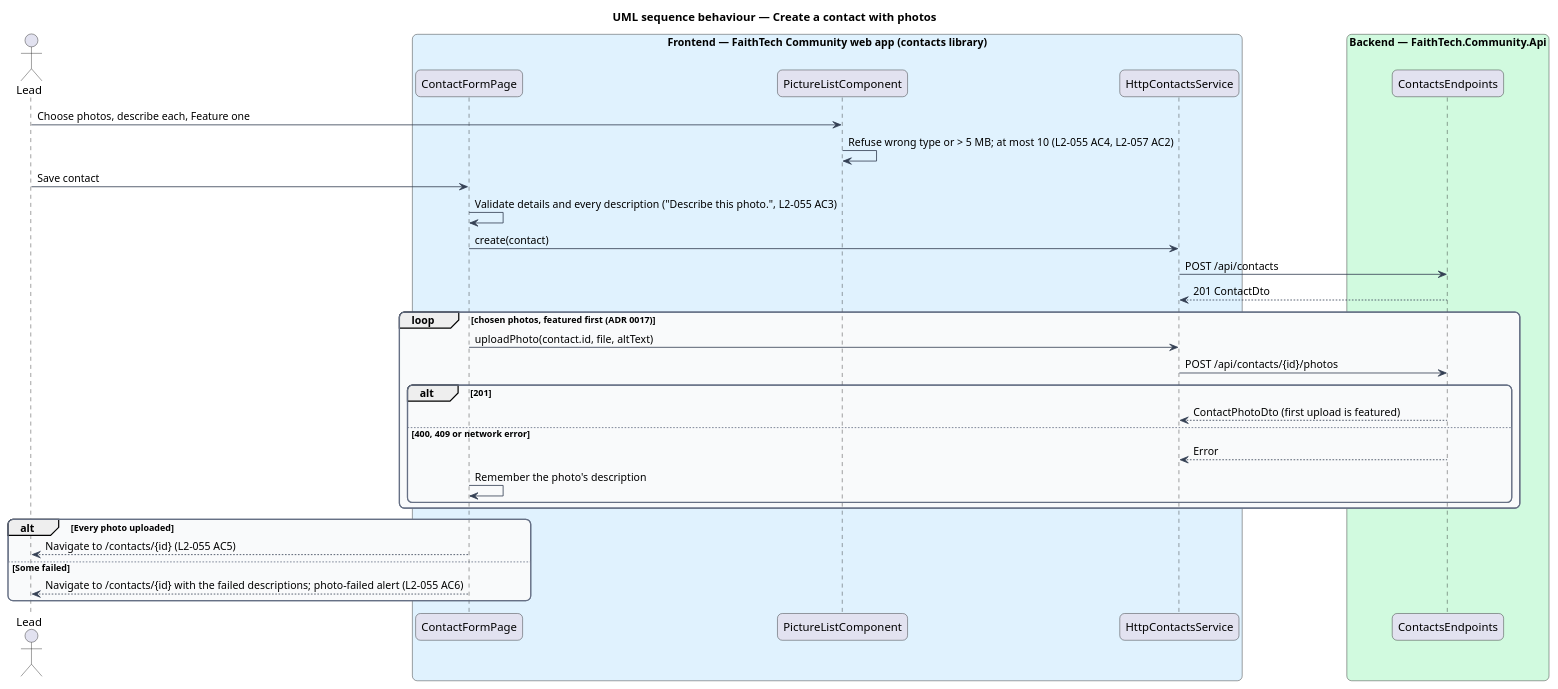
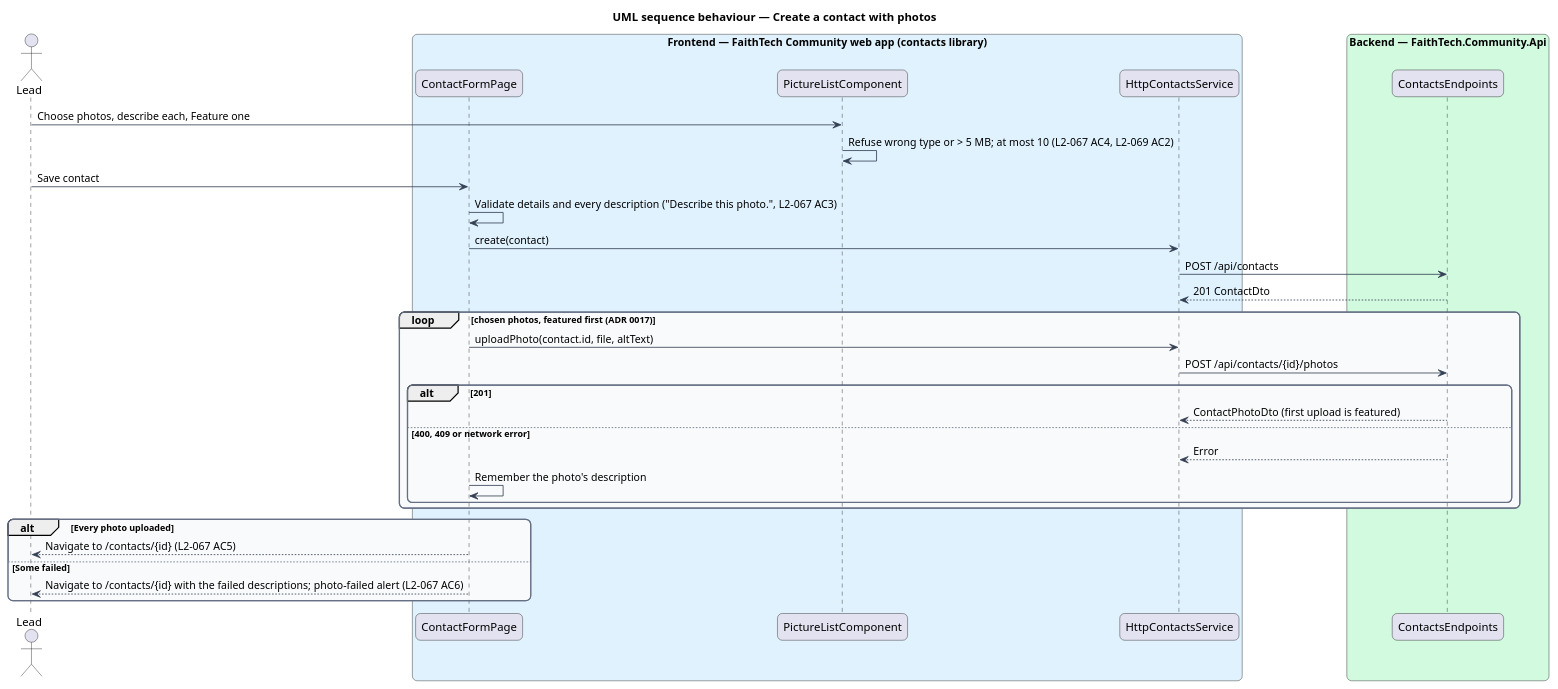
Before and after one commit to QuinntyneBrown/faithtech-community: the diagram in docs/detailed-designs/contacts/contact-photos/diagrams/sequence-create-with-photos.puml, drawn with PlantUML. The commit also changed 92 other files, not shown here.

```diff
--- a/docs/detailed-designs/contacts/contact-photos/diagrams/sequence-create-with-photos.puml
+++ b/docs/detailed-designs/contacts/contact-photos/diagrams/sequence-create-with-photos.puml
@@ -1,48 +1,48 @@
 @startuml
 title UML sequence behaviour — Create a contact with photos
 skinparam backgroundColor #FFFFFF
 skinparam shadowing false
 skinparam roundcorner 12
 skinparam defaultFontName Arial
 skinparam ArrowColor #344054
 skinparam rectangle {
   BorderColor #344054
   FontColor #101828
 }
 skinparam package {
   BorderColor #667085
   FontColor #101828
   BackgroundColor #F9FAFB
 }
 actor "Lead" as actor
 box "Frontend — FaithTech Community web app (contacts library)" #E0F2FE
   participant "ContactFormPage" as form
   participant "PictureListComponent" as pick
   participant "HttpContactsService" as svc
 end box
 box "Backend — FaithTech.Community.Api" #D1FADF
   participant "ContactsEndpoints" as ep
 end box
 actor -> pick : Choose photos, describe each, Feature one
-pick -> pick : Refuse wrong type or > 5 MB; at most 10 (L2-055 AC4, L2-057 AC2)
+pick -> pick : Refuse wrong type or > 5 MB; at most 10 (L2-067 AC4, L2-069 AC2)
 actor -> form : Save contact
-form -> form : Validate details and every description ("Describe this photo.", L2-055 AC3)
+form -> form : Validate details and every description ("Describe this photo.", L2-067 AC3)
 form -> svc : create(contact)
 svc -> ep : POST /api/contacts
 ep --> svc : 201 ContactDto
 loop chosen photos, featured first (ADR 0017)
   form -> svc : uploadPhoto(contact.id, file, altText)
   svc -> ep : POST /api/contacts/{id}/photos
   alt 201
     ep --> svc : ContactPhotoDto (first upload is featured)
   else 400, 409 or network error
     ep --> svc : Error
     form -> form : Remember the photo's description
   end
 end
 alt Every photo uploaded
-  form --> actor : Navigate to /contacts/{id} (L2-055 AC5)
+  form --> actor : Navigate to /contacts/{id} (L2-067 AC5)
 else Some failed
-  form --> actor : Navigate to /contacts/{id} with the failed descriptions; photo-failed alert (L2-055 AC6)
+  form --> actor : Navigate to /contacts/{id} with the failed descriptions; photo-failed alert (L2-067 AC6)
 end
 @enduml
```
